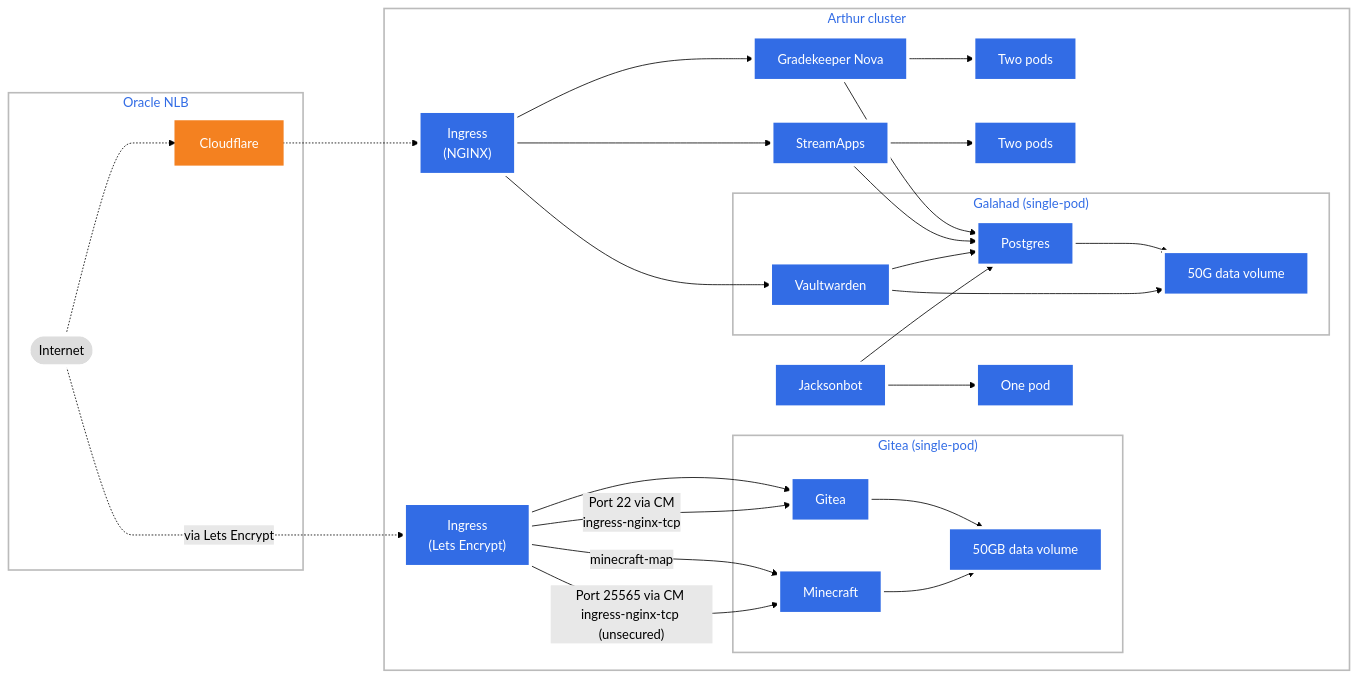
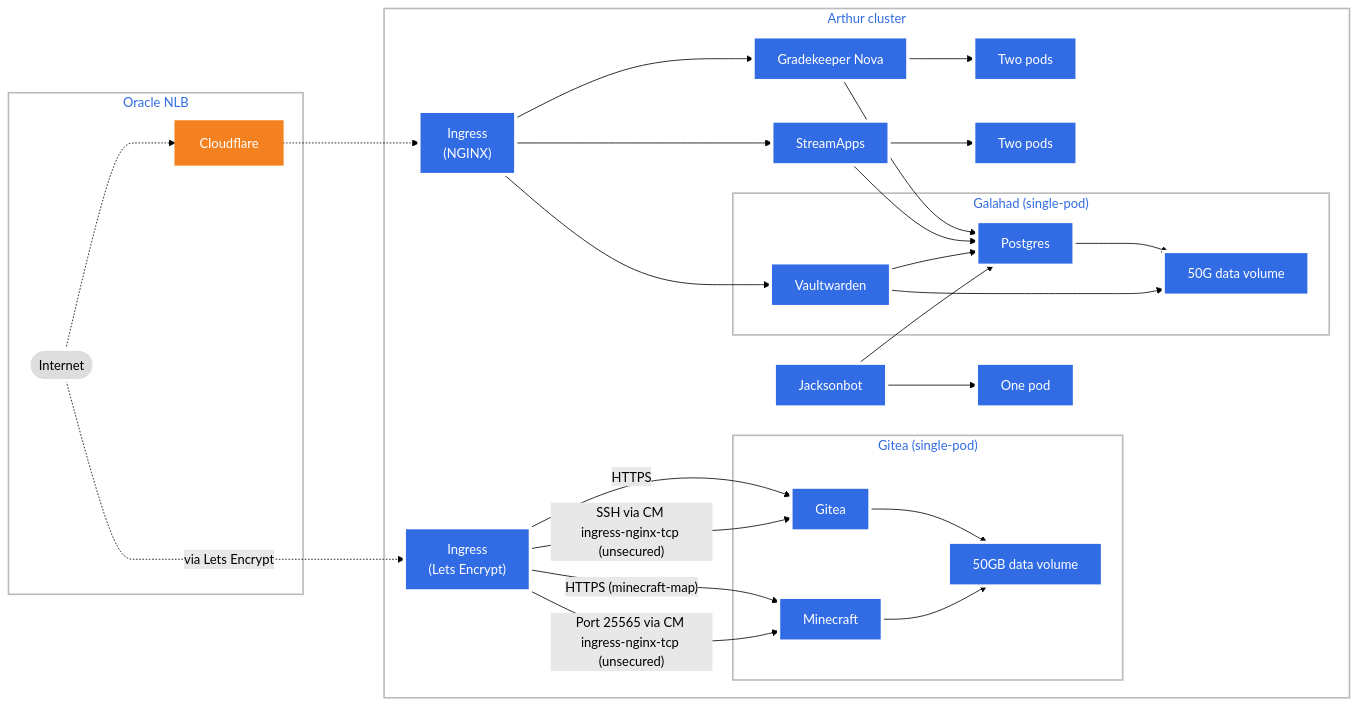
The diagram in README.md (jacksonrakena/infrastructure), drawn with Mermaid (forest theme) before and after one commit.

````diff
--- a/README.md
+++ b/README.md
@@ -2,49 +2,49 @@
 ```mermaid
 graph LR;
  client([Internet]);
  subgraph cf_tls[Oracle NLB];
  client-..->cf[Cloudflare];
  end;
  client-.via Lets Encrypt.->ingress_http["Ingress\n(Lets Encrypt)"];
  cf-..->ingress["Ingress<br>(NGINX)"];
  subgraph cluster[Arthur cluster]
  ingress_http;
  ingress;
  ingress-->gk[Gradekeeper Nova];
  ingress-->sa[StreamApps];
  ingress-->vw[Vaultwarden];
- ingress_http-->gitea[Gitea];
- ingress_http-->|Port 22 via CM \ningress-nginx-tcp|gitea;
- ingress_http-->|"minecraft-map"|mc;
+ ingress_http-->|HTTPS|gitea[Gitea];
+ ingress_http-->|"SSH via CM \ningress-nginx-tcp (unsecured)"|gitea;
+ ingress_http-->|"HTTPS (minecraft-map)"|mc;
  ingress_http-->|"Port 25565 via CM \ningress-nginx-tcp (unsecured)"|mc[Minecraft];
  jb[Jacksonbot];
  jb-->jb_onepod[One pod];
  jb-->pg;
  subgraph galahad["Galahad (single-pod)"]
  vw;
  pg[Postgres];
  vw-->pg;
  agd[50G data volume];
  vw-->agd;
  pg-->agd;
  end
  subgraph gitea_sg["Gitea (single-pod)"]
  gitea;
  mc;
  gitea-->gdv[50GB data volume];
  mc-->gdv;
  end
  gk-->pg;
  sa-->pg;
  gk-->gk_twopods[Two pods];
  sa-->sa_twopods[Two pods];
  end
  classDef plain fill:#ddd,stroke:#fff,stroke-width:4px,color:#000;
  classDef k8s fill:#326ce5,stroke:#fff,stroke-width:4px,color:#fff;
  classDef cluster fill:#fff,stroke:#bbb,stroke-width:2px,color:#326ce5;
  classDef cloudflare fill:#F48120,stroke:#F48120,stroke-width:2px,color:white;
  class agd,jb,mc,ingress_http,gdv,gitea,jb_onepod,ingress,service,pod1,pod2,gk,sa,vw,pg,gk_twopods,sa_twopods k8s;
  class client plain;
  class cf cloudflare;
  class cluster cluster;
 ```
````
